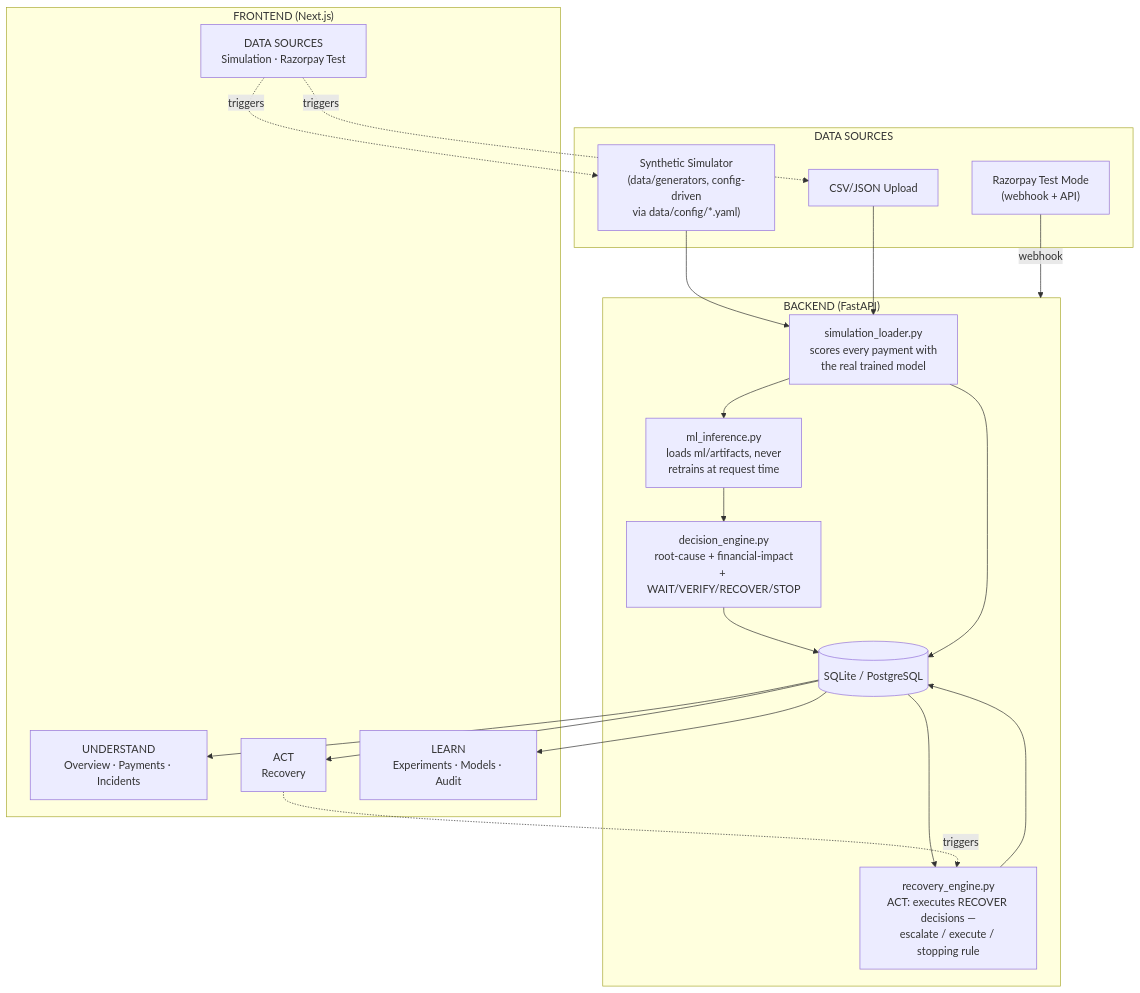
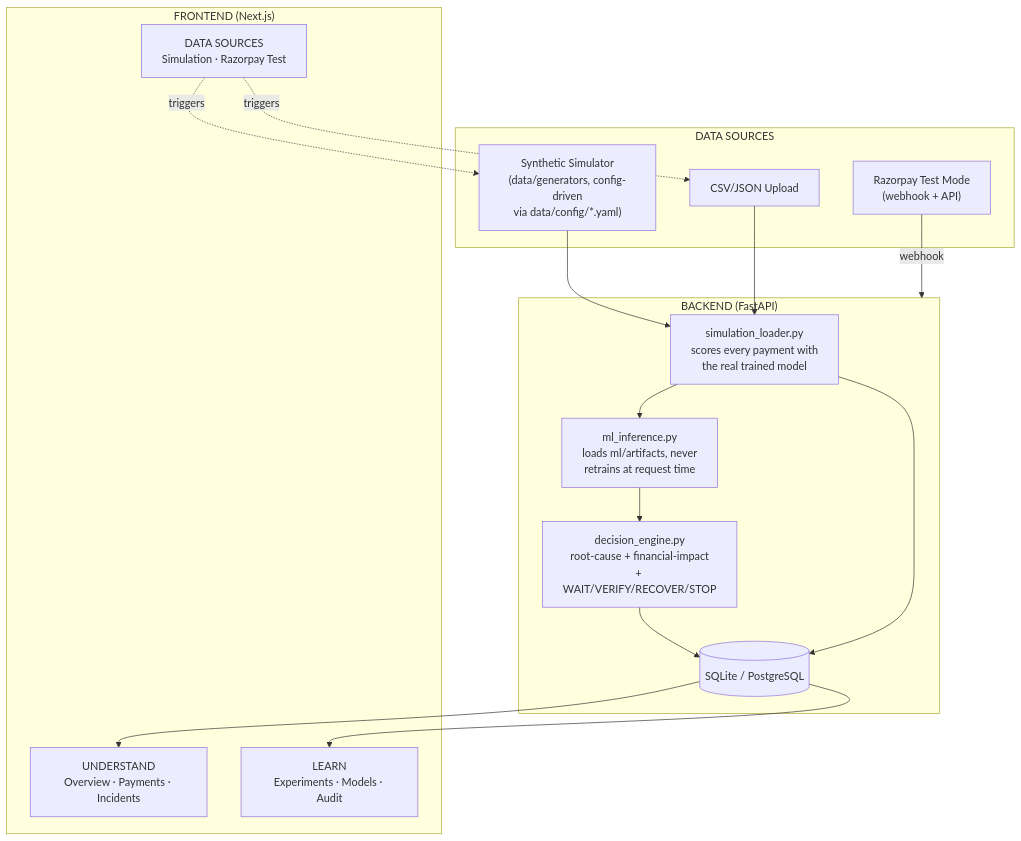
The diagram in README.md (RAJARYANSINGH0059/payment-truth), drawn with Mermaid before and after one commit. The commit also changed other lines of this file and 12 other files, not shown here.

````diff
--- a/README.md
+++ b/README.md
@@ -139,39 +184,33 @@
 ```mermaid
 flowchart TD
     subgraph DataSources["DATA SOURCES"]
         SIM["Synthetic Simulator<br/>(data/generators, config-driven<br/>via data/config/*.yaml)"]
         UPLOAD["CSV/JSON Upload"]
         RZP["Razorpay Test Mode<br/>(webhook + API)"]
     end
 
     subgraph Backend["BACKEND (FastAPI)"]
         LOADER["simulation_loader.py<br/>scores every payment with<br/>the real trained model"]
         DECIDE["decision_engine.py<br/>root-cause + financial-impact<br/>+ WAIT/VERIFY/RECOVER/STOP"]
-        RECOVER["recovery_engine.py<br/>ACT: executes RECOVER decisions —<br/>escalate / execute / stopping rule"]
         DB[("SQLite / PostgreSQL")]
         ML["ml_inference.py<br/>loads ml/artifacts, never<br/>retrains at request time"]
     end
 
     subgraph Frontend["FRONTEND (Next.js)"]
         UI_UNDERSTAND["UNDERSTAND<br/>Overview · Payments · Incidents"]
-        UI_ACT["ACT<br/>Recovery"]
         UI_LEARN["LEARN<br/>Experiments · Models · Audit"]
         UI_DATA["DATA SOURCES<br/>Simulation · Razorpay Test"]
     end
 
     SIM --> LOADER
     UPLOAD --> LOADER
     RZP -->|webhook| Backend
     LOADER --> ML
     ML --> DECIDE
     DECIDE --> DB
-    DB --> RECOVER
-    RECOVER --> DB
     LOADER --> DB
     DB --> UI_UNDERSTAND
-    DB --> UI_ACT
     DB --> UI_LEARN
     UI_DATA -.triggers.-> SIM
     UI_DATA -.triggers.-> UPLOAD
-    UI_ACT -.triggers.-> RECOVER
 ```
````
